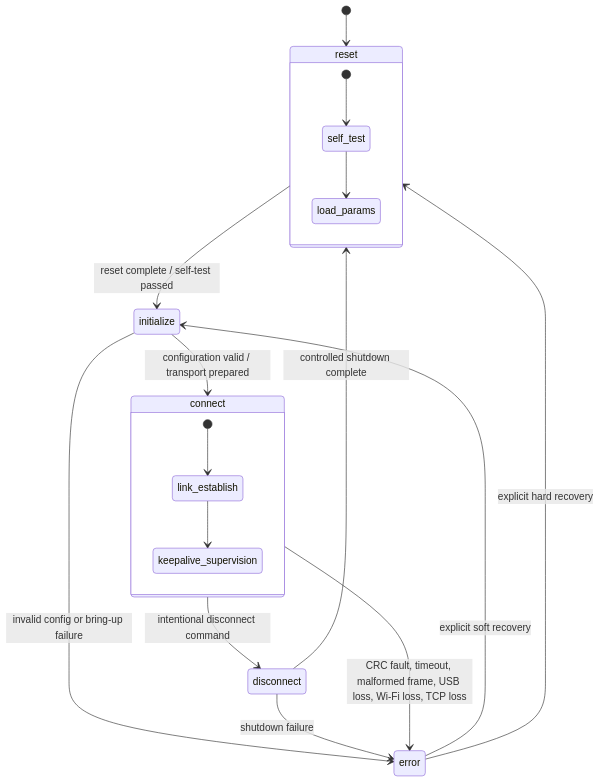
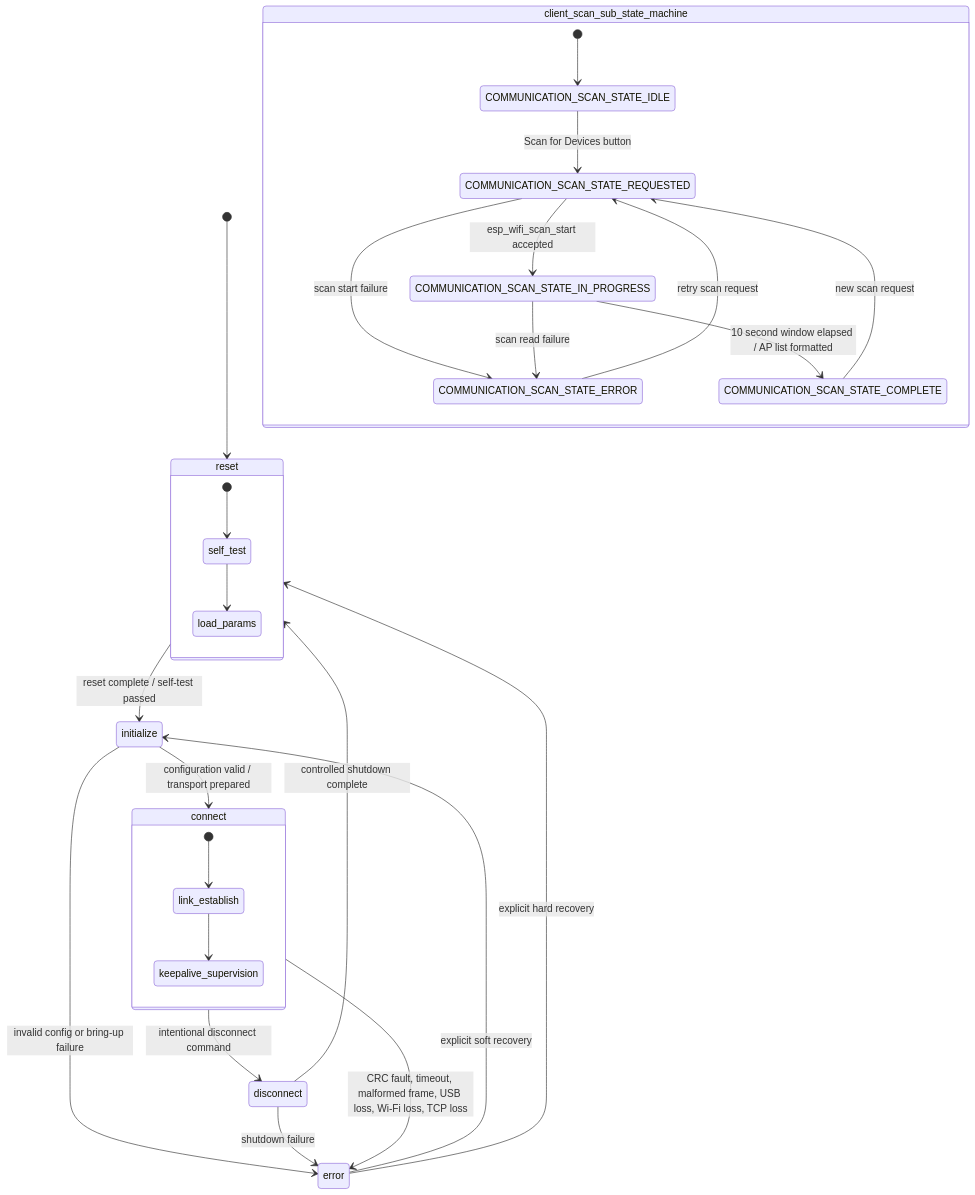
One commit to eyalglotman-collab/Gaggia_Client-ESP32-S3-Touch-LCD-4.3B-BOX changed the diagram in docs/architecture/transport_state_machine.mmd. Above: the diagram before and after it, drawn with Mermaid. The commit also changed 10 other files, not shown here.

Commit message:
Release connection scan flow v0.2.7

```diff
--- a/docs/architecture/transport_state_machine.mmd
+++ b/docs/architecture/transport_state_machine.mmd
@@ -1,21 +1,32 @@
 stateDiagram-v2
     [*] --> reset
     reset --> initialize: reset complete / self-test passed
     initialize --> connect: configuration valid / transport prepared
     initialize --> error: invalid config or bring-up failure
     connect --> disconnect: intentional disconnect command
     connect --> error: CRC fault, timeout, malformed frame, USB loss, Wi-Fi loss, TCP loss
     disconnect --> reset: controlled shutdown complete
     disconnect --> error: shutdown failure
     error --> reset: explicit hard recovery
     error --> initialize: explicit soft recovery
 
     state reset {
         [*] --> self_test
         self_test --> load_params
     }
 
     state connect {
         [*] --> link_establish
         link_establish --> keepalive_supervision
     }
+
+    state "client_scan_sub_state_machine" as client_scan {
+        [*] --> COMMUNICATION_SCAN_STATE_IDLE
+        COMMUNICATION_SCAN_STATE_IDLE --> COMMUNICATION_SCAN_STATE_REQUESTED: Scan for Devices button
+        COMMUNICATION_SCAN_STATE_REQUESTED --> COMMUNICATION_SCAN_STATE_IN_PROGRESS: esp_wifi_scan_start accepted
+        COMMUNICATION_SCAN_STATE_REQUESTED --> COMMUNICATION_SCAN_STATE_ERROR: scan start failure
+        COMMUNICATION_SCAN_STATE_IN_PROGRESS --> COMMUNICATION_SCAN_STATE_COMPLETE: 10 second window elapsed / AP list formatted
+        COMMUNICATION_SCAN_STATE_IN_PROGRESS --> COMMUNICATION_SCAN_STATE_ERROR: scan read failure
+        COMMUNICATION_SCAN_STATE_COMPLETE --> COMMUNICATION_SCAN_STATE_REQUESTED: new scan request
+        COMMUNICATION_SCAN_STATE_ERROR --> COMMUNICATION_SCAN_STATE_REQUESTED: retry scan request
+    }
```
